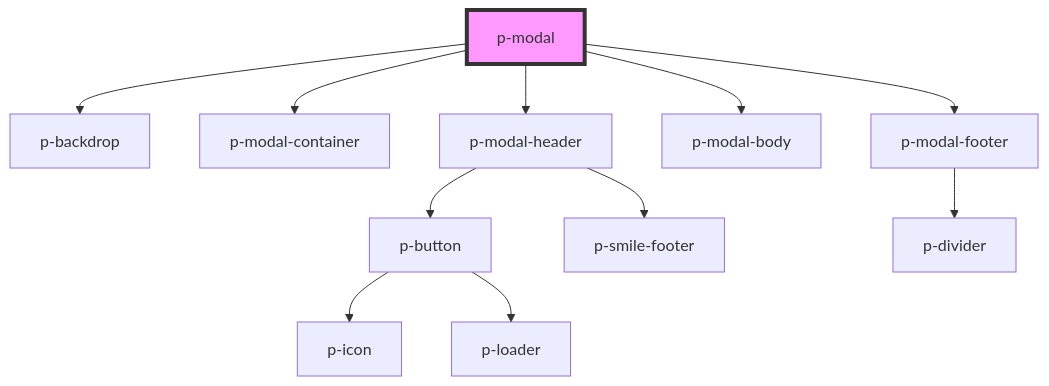
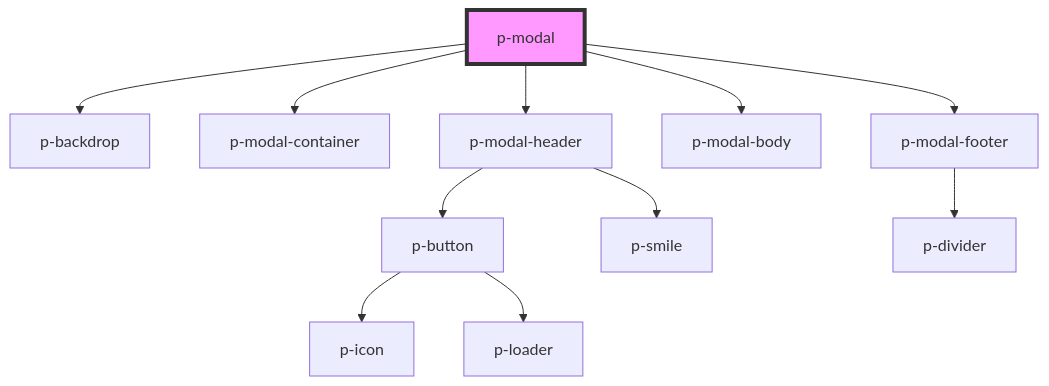
One commit to Employes/Paperless changed the diagram in packages/core/src/components/organisms/modal/readme.md. Above: the diagram before and after it, drawn with Mermaid. The commit also changed 11 other files, not shown here.

````diff
--- a/packages/core/src/components/organisms/modal/readme.md
+++ b/packages/core/src/components/organisms/modal/readme.md
@@ -41,14 +41,14 @@
 ```mermaid
 graph TD;
   p-modal --> p-backdrop
   p-modal --> p-modal-container
   p-modal --> p-modal-header
   p-modal --> p-modal-body
   p-modal --> p-modal-footer
   p-modal-header --> p-button
-  p-modal-header --> p-smile-footer
+  p-modal-header --> p-smile
   p-button --> p-icon
   p-button --> p-loader
   p-modal-footer --> p-divider
   style p-modal fill:#f9f,stroke:#333,stroke-width:4px
 ```
````
